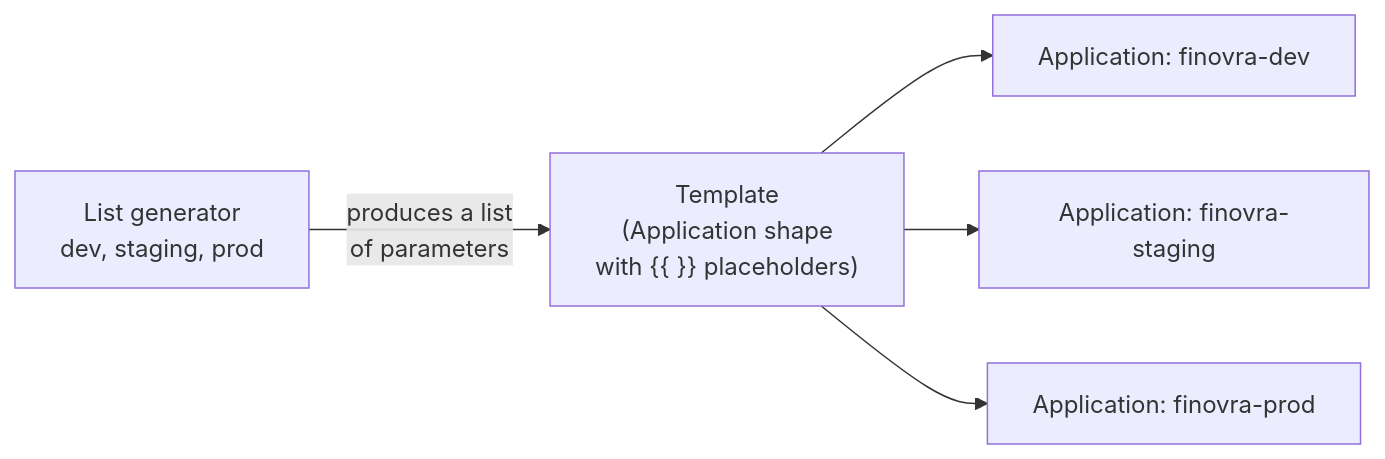
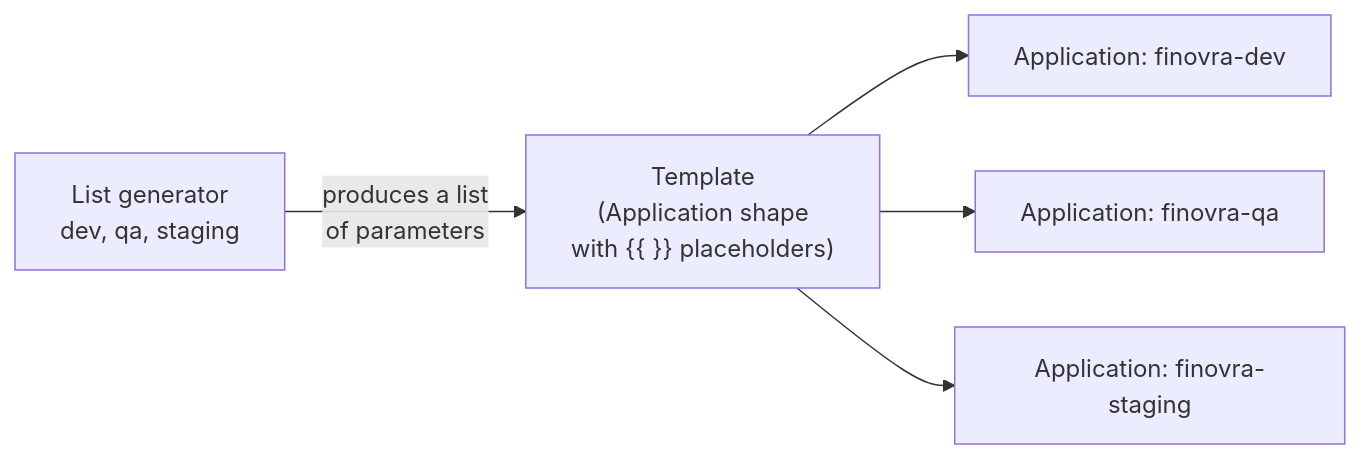
The first of 2 diagrams in modules/module-08-applicationsets.md (finovra-app/documents), drawn with Mermaid before and after one commit. The commit also changed other lines of this file and 3 other files, not shown here.

````diff
--- a/modules/module-08-applicationsets.md
+++ b/modules/module-08-applicationsets.md
@@ -26,13 +26,13 @@
 ```mermaid
 flowchart LR
-    Gen["List generator\ndev, staging, prod"]
+    Gen["List generator\ndev, qa, staging"]
     Tmpl["Template\n(Application shape\nwith {{ }} placeholders)"]
     A1["Application: finovra-dev"]
-    A2["Application: finovra-staging"]
-    A3["Application: finovra-prod"]
+    A2["Application: finovra-qa"]
+    A3["Application: finovra-staging"]
 
     Gen -->|"produces a list\nof parameters"| Tmpl
     Tmpl --> A1
     Tmpl --> A2
     Tmpl --> A3
 ```
````
